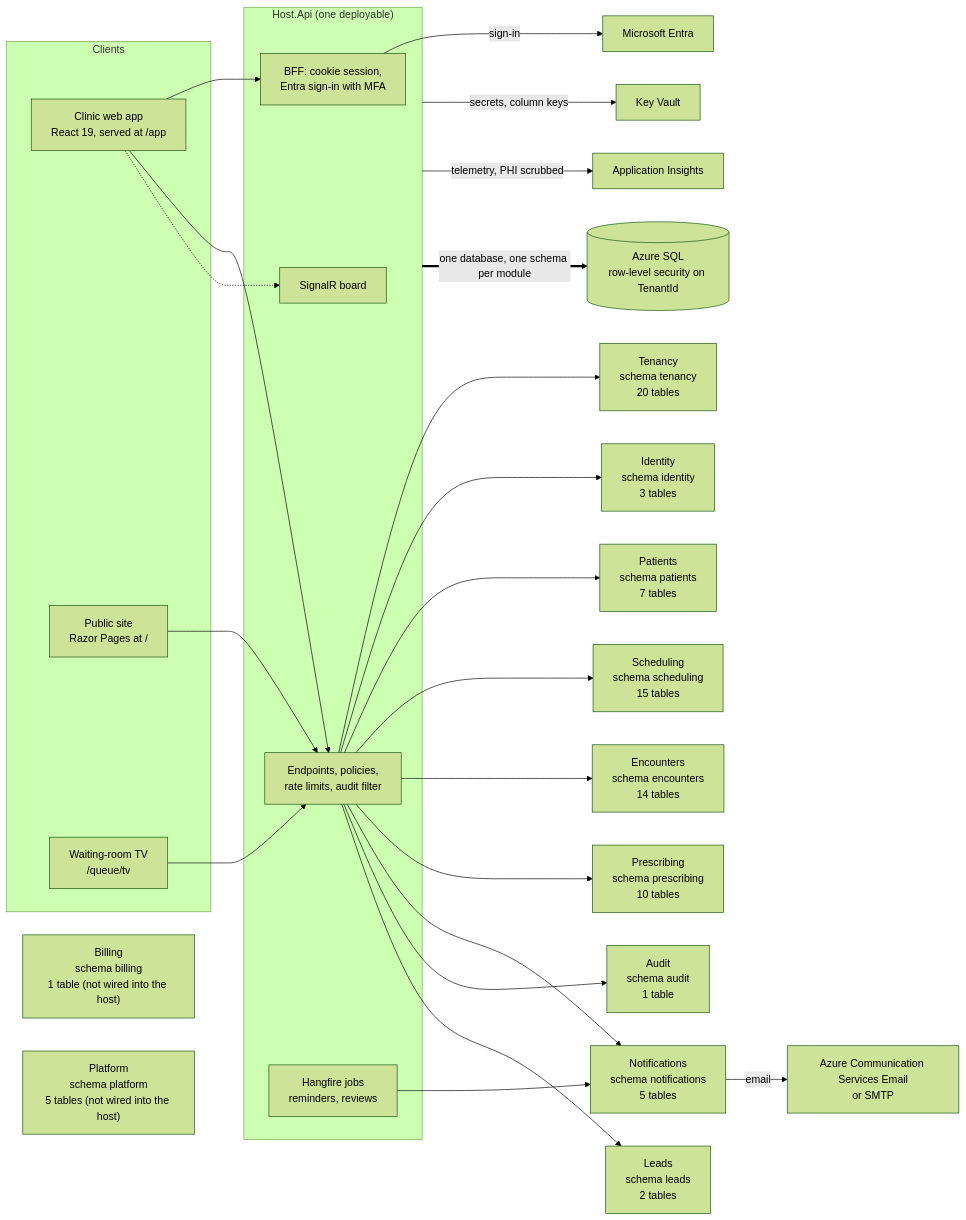
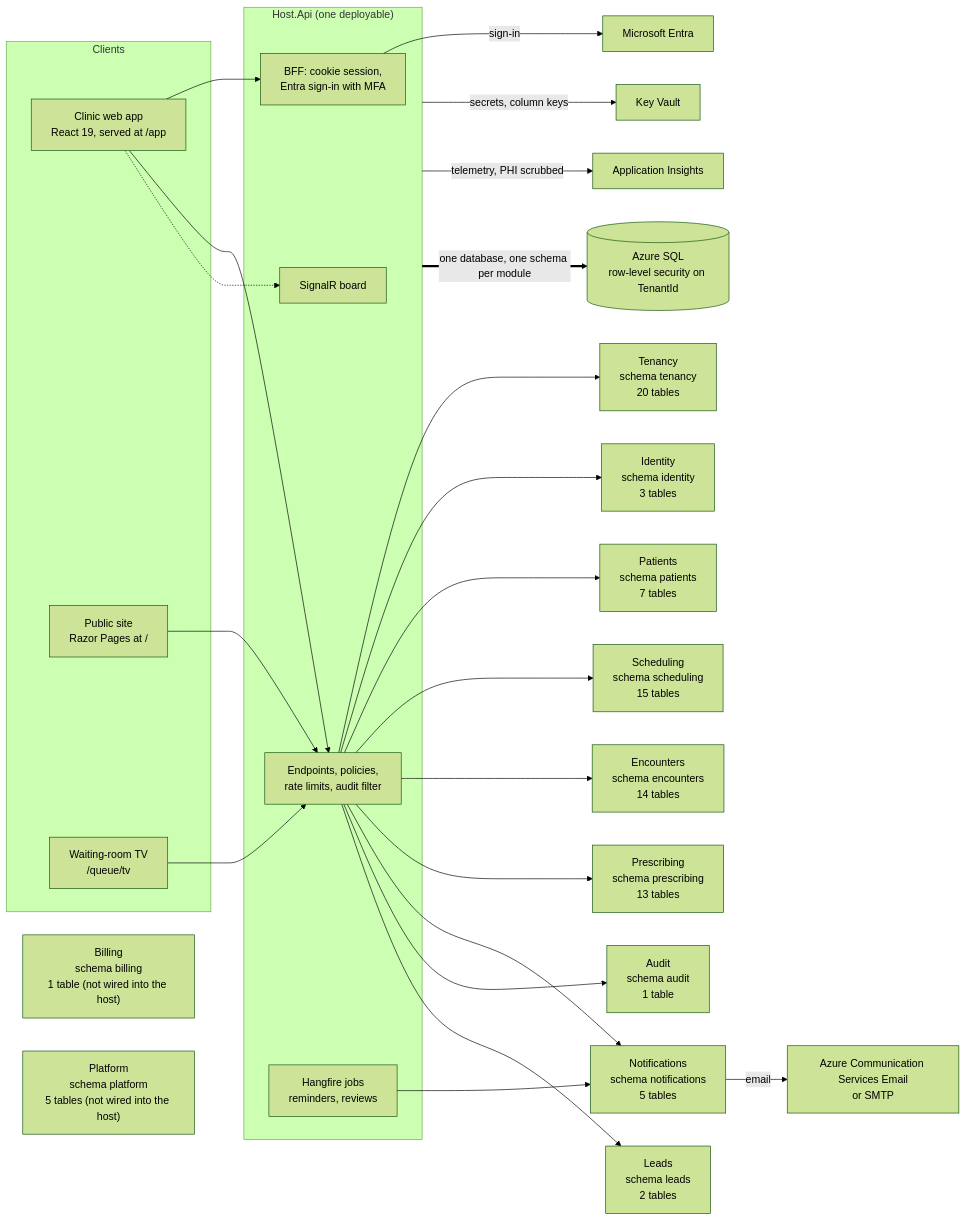
The first of 14 diagrams in docs/03-architecture/erd.md (ALFRED-LUCIFER/medvya), drawn with Mermaid (forest theme) before and after one commit. The commit also changed other lines of this file and 21 other files, not shown here.

````diff
--- a/docs/03-architecture/erd.md
+++ b/docs/03-architecture/erd.md
@@ -15,36 +15,36 @@
 ```mermaid
 flowchart LR
   subgraph Clients
     web["Clinic web app<br/>React 19, served at /app"]
     site["Public site<br/>Razor Pages at /"]
     tv["Waiting-room TV<br/>/queue/tv"]
   end
   subgraph Host["Host.Api (one deployable)"]
     bff["BFF: cookie session,<br/>Entra sign-in with MFA"]
     api["Endpoints, policies,<br/>rate limits, audit filter"]
     hub["SignalR board"]
     jobs["Hangfire jobs<br/>reminders, reviews"]
   end
   web --> bff
   web --> api
   web -.-> hub
   tv --> api
   site --> api
   api --> Tenancy["Tenancy<br/>schema tenancy<br/>20 tables"]
   api --> Identity["Identity<br/>schema identity<br/>3 tables"]
   api --> Patients["Patients<br/>schema patients<br/>7 tables"]
   api --> Scheduling["Scheduling<br/>schema scheduling<br/>15 tables"]
   api --> Encounters["Encounters<br/>schema encounters<br/>14 tables"]
-  api --> Prescribing["Prescribing<br/>schema prescribing<br/>10 tables"]
+  api --> Prescribing["Prescribing<br/>schema prescribing<br/>13 tables"]
   api --> Notifications["Notifications<br/>schema notifications<br/>5 tables"]
   api --> Audit["Audit<br/>schema audit<br/>1 table"]
   api --> Leads["Leads<br/>schema leads<br/>2 tables"]
   Billing["Billing<br/>schema billing<br/>1 table (not wired into the host)"]
   Platform["Platform<br/>schema platform<br/>5 tables (not wired into the host)"]
   jobs --> Notifications
   bff -->|"sign-in"| entra["Microsoft Entra"]
   Notifications -->|"email"| mail["Azure Communication Services Email<br/>or SMTP"]
   Host -->|"secrets, column keys"| kv["Key Vault"]
   Host -->|"telemetry, PHI scrubbed"| ai["Application Insights"]
   Host ==>|"one database, one schema per module"| sql[("Azure SQL<br/>row-level security on TenantId")]
 ```
````
